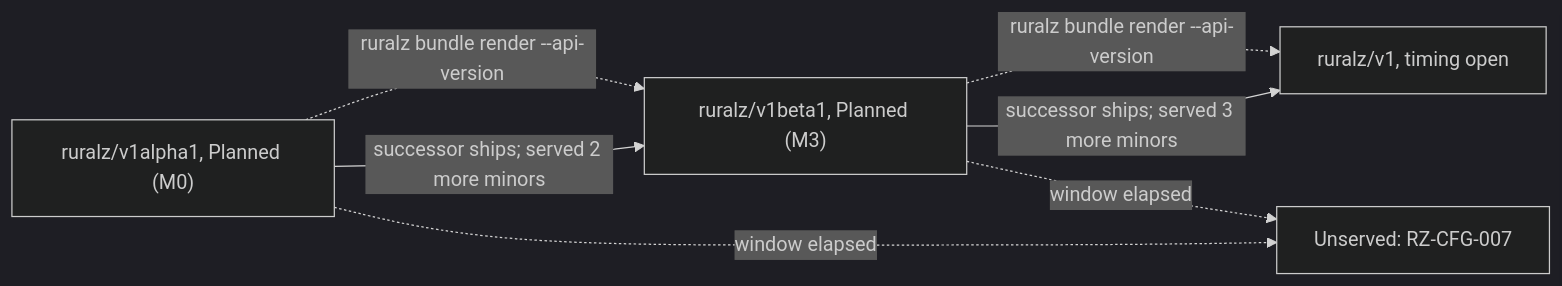
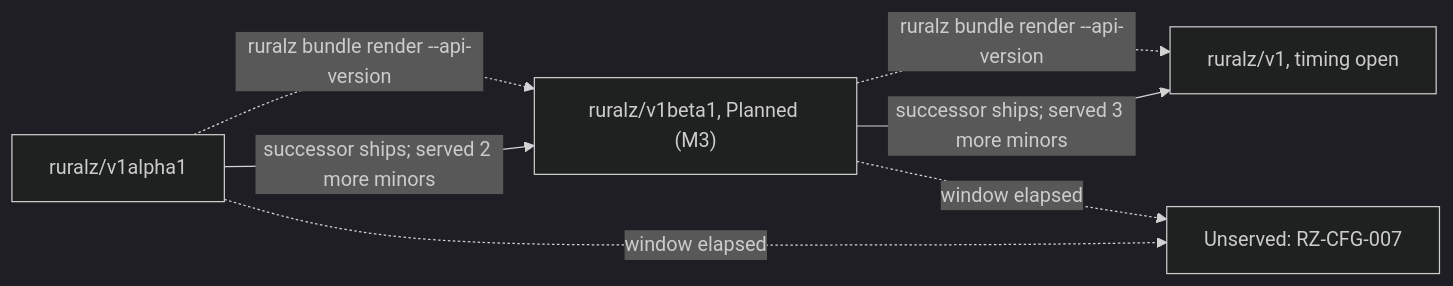
Before and after one commit to ravindu-rev/ruralz: the first of 2 diagrams in docs/engineering/04-release-versioning-and-compatibility.md, drawn with Mermaid (dark theme). The commit also changed other lines of this file and 21 other files, not shown here.

````diff
--- a/docs/engineering/04-release-versioning-and-compatibility.md
+++ b/docs/engineering/04-release-versioning-and-compatibility.md
@@ -66,13 +66,13 @@
 ```mermaid
 flowchart LR
-    a["ruralz/v1alpha1, Planned (M0)"]
+    a["ruralz/v1alpha1"]
     b["ruralz/v1beta1, Planned (M3)"]
     c["ruralz/v1, timing open"]
     x["Unserved: RZ-CFG-007"]
     a -->|"successor ships; served 2 more minors"| b
     b -->|"successor ships; served 3 more minors"| c
     a -.->|"window elapsed"| x
     b -.->|"window elapsed"| x
     a -.->|"ruralz bundle render --api-version"| b
     b -.->|"ruralz bundle render --api-version"| c
 ```
````
